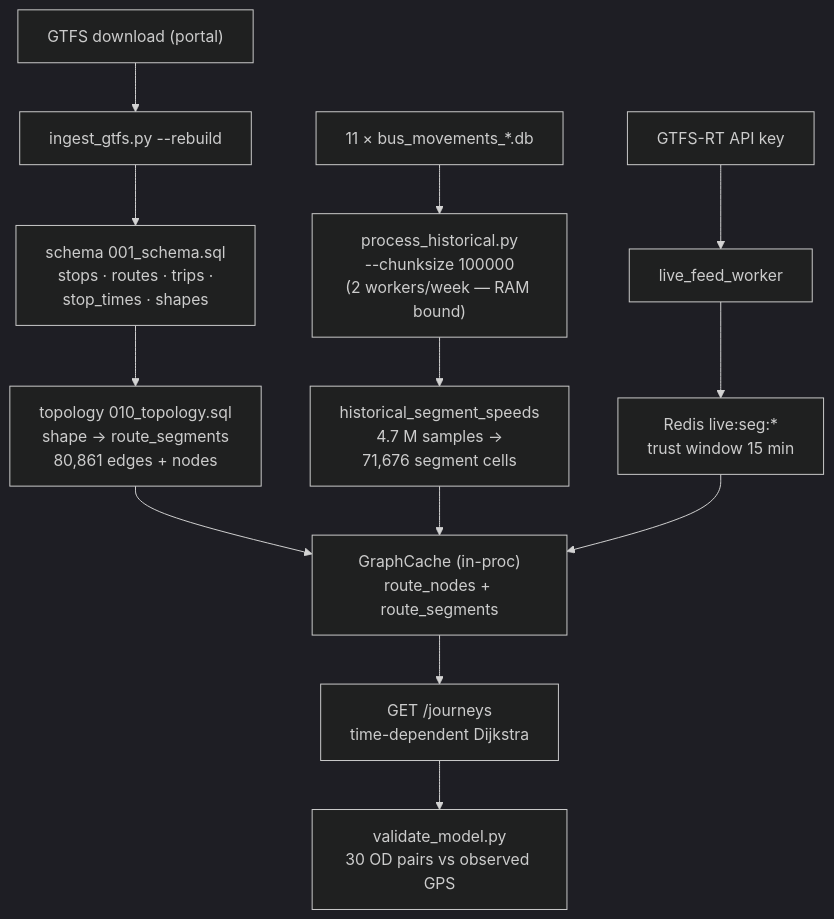
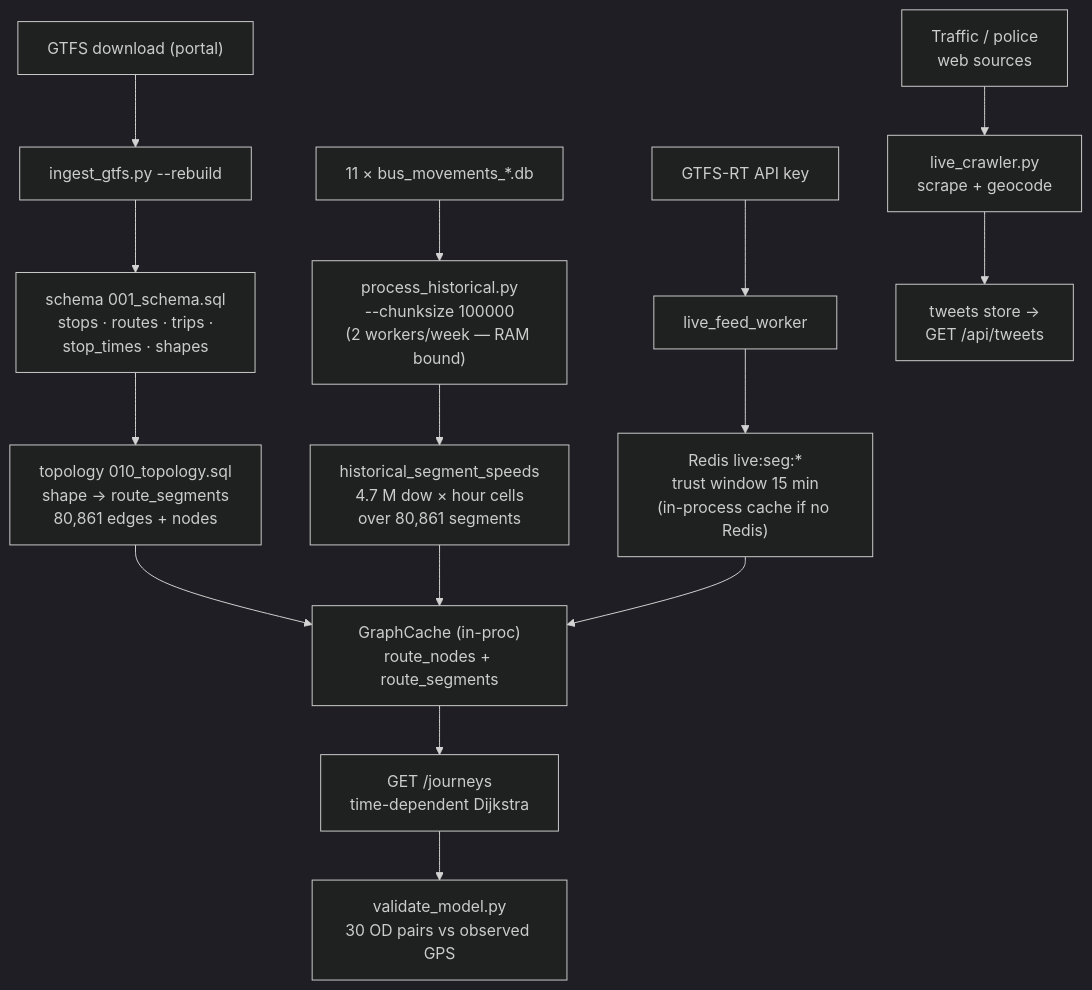
One commit to Youngmaster0304/commuttify changed the second of 3 diagrams in README.md. Above: the diagram before and after it, drawn with Mermaid (dark theme). The commit also changed other lines of this file and 2 other files, not shown here.

Commit message:
chat: render bot markdown in drawer; sync README with live crawler, Groq chain, deploy layout

````diff
--- a/README.md
+++ b/README.md
@@ -77,15 +87,17 @@
 ```mermaid
 flowchart TD
     S1["GTFS download (portal)"] --> I1["ingest_gtfs.py --rebuild"]
     I1 --> T1["schema 001_schema.sql<br/>stops · routes · trips ·<br/>stop_times · shapes"]
     T1 --> T2["topology 010_topology.sql<br/>shape → route_segments<br/>80,861 edges + nodes"]
     S2["11 × bus_movements_*.db"] --> H1["process_historical.py<br/>--chunksize 100000<br/>(2 workers/week — RAM bound)"]
-    H1 --> H2["historical_segment_speeds<br/>4.7 M samples →<br/>71,676 segment cells"]
+    H1 --> H2["historical_segment_speeds<br/>4.7 M dow × hour cells<br/>over 80,861 segments"]
     S3["GTFS-RT API key"] --> W1["live_feed_worker"]
-    W1 --> W2["Redis live:seg:*<br/>trust window 15 min"]
+    W1 --> W2["Redis live:seg:*<br/>trust window 15 min<br/>(in-process cache if no Redis)"]
+    S4["Traffic / police<br/>web sources"] --> W3["live_crawler.py<br/>scrape + geocode"]
+    W3 --> W4["tweets store →<br/>GET /api/tweets"]
     T2 --> G["GraphCache (in-proc)<br/>route_nodes + route_segments"]
     H2 --> G
     W2 --> G
     G --> R["GET /journeys<br/>time-dependent Dijkstra"]
     R --> V["validate_model.py<br/>30 OD pairs vs observed GPS"]
 ```
````
